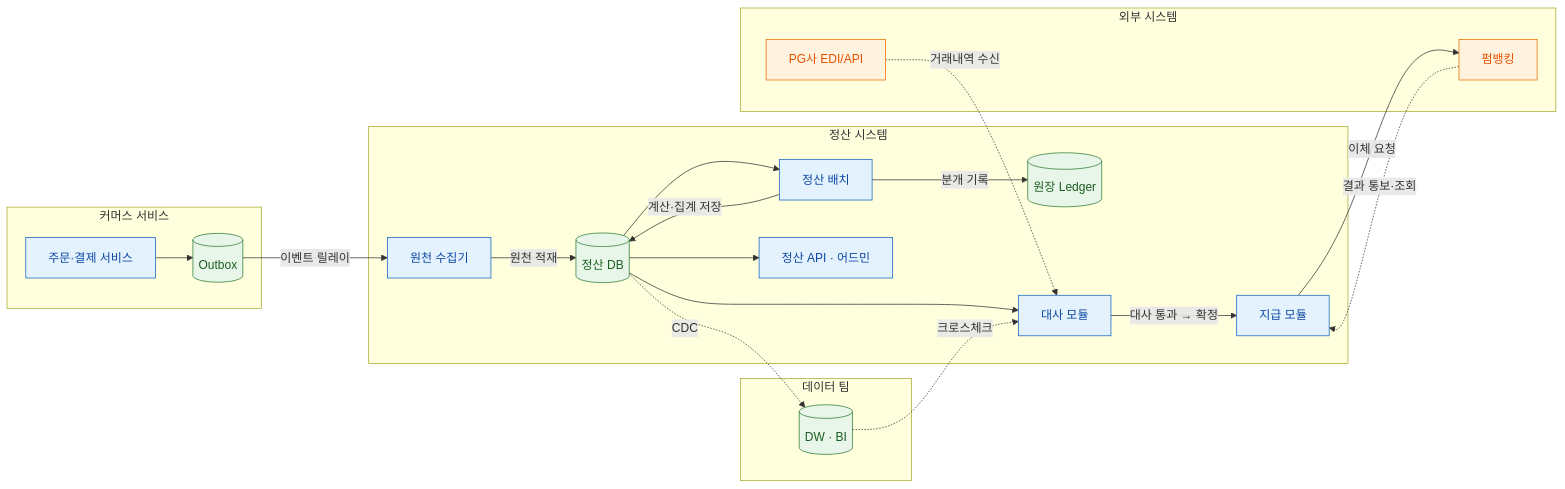
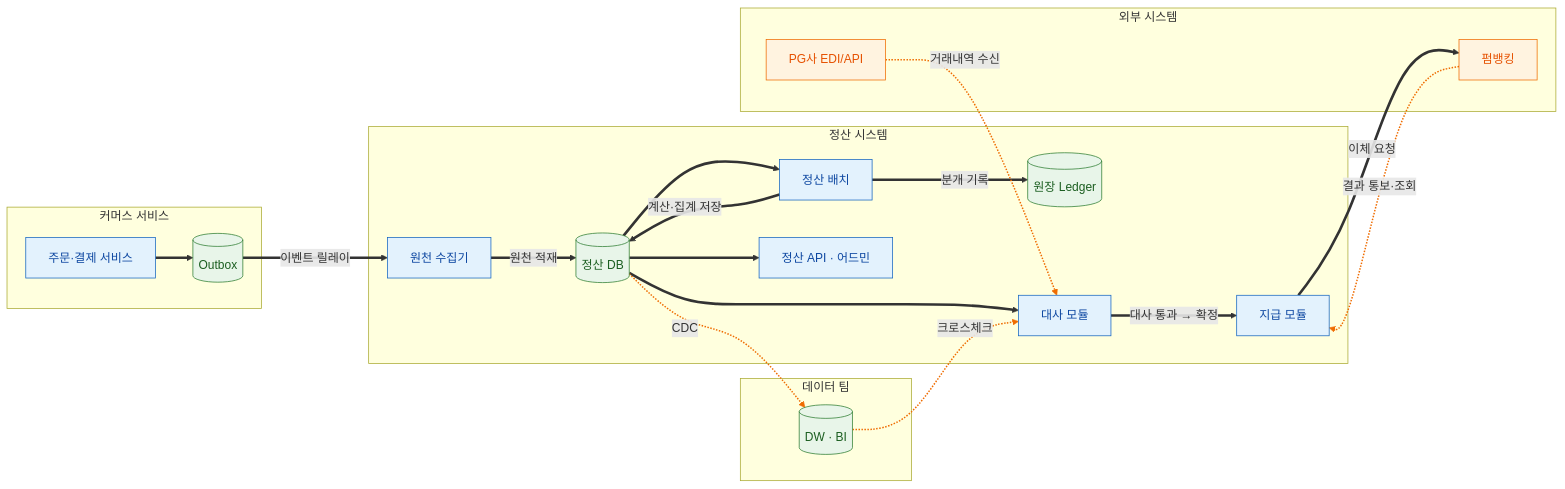
One commit to sinabro-study/garden changed the first of 4 diagrams in 00_Inbox/정산 시스템 설계.md. Above: the diagram before and after it, drawn with Mermaid. The commit also changed other lines of this file and 1 other file, not shown here.

Commit message:
(Inbox) 정산 다이어그램 흐름 구분 가시성 개선 (굵은 실선 vs 주황 점선)

````diff
--- a/00_Inbox/정산 시스템 설계.md
+++ b/00_Inbox/정산 시스템 설계.md
@@ -16,44 +16,45 @@
 ```mermaid
 flowchart LR
     subgraph CO[커머스 서비스]
         ORD[주문·결제 서비스]
         OBX[(Outbox)]
     end
     subgraph ST[정산 시스템]
         COL[원천 수집기]
         SDB[(정산 DB)]
         BAT[정산 배치]
         LED[(원장 Ledger)]
         REC[대사 모듈]
         PAYM[지급 모듈]
         ADM[정산 API · 어드민]
     end
     subgraph EX[외부 시스템]
         PG[PG사 EDI/API]
         BK[펌뱅킹]
     end
     subgraph DT[데이터 팀]
         DW[(DW · BI)]
     end
-    ORD --> OBX
-    OBX -->|이벤트 릴레이| COL
-    COL -->|원천 적재| SDB
-    SDB --> BAT
-    BAT -->|계산·집계 저장| SDB
-    BAT -->|분개 기록| LED
-    SDB --> REC
+    ORD ==> OBX
+    OBX ==>|이벤트 릴레이| COL
+    COL ==>|원천 적재| SDB
+    SDB ==> BAT
+    BAT ==>|계산·집계 저장| SDB
+    BAT ==>|분개 기록| LED
+    SDB ==> REC
     PG -.->|거래내역 수신| REC
-    REC -->|대사 통과 → 확정| PAYM
-    PAYM -->|이체 요청| BK
+    REC ==>|대사 통과 → 확정| PAYM
+    PAYM ==>|이체 요청| BK
     BK -.->|결과 통보·조회| PAYM
-    SDB --> ADM
+    SDB ==> ADM
     SDB -.->|CDC| DW
     DW -.->|크로스체크| REC
+    linkStyle 7,10,12,13 stroke:#ef6c00,stroke-width:2px
 
     classDef core fill:#e3f2fd,stroke:#1565c0,color:#0d47a1
     classDef store fill:#e8f5e9,stroke:#2e7d32,color:#1b5e20
     classDef ext fill:#fff3e0,stroke:#ef6c00,color:#e65100
     class ORD,COL,BAT,REC,PAYM,ADM core
     class OBX,SDB,LED,DW store
     class PG,BK ext
 ```
````
